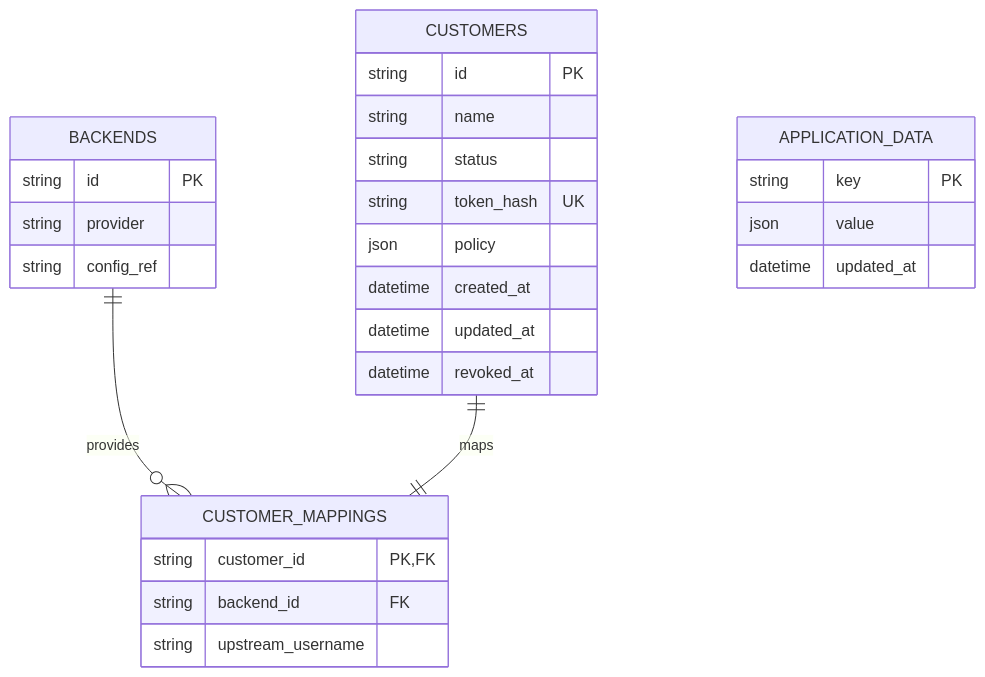
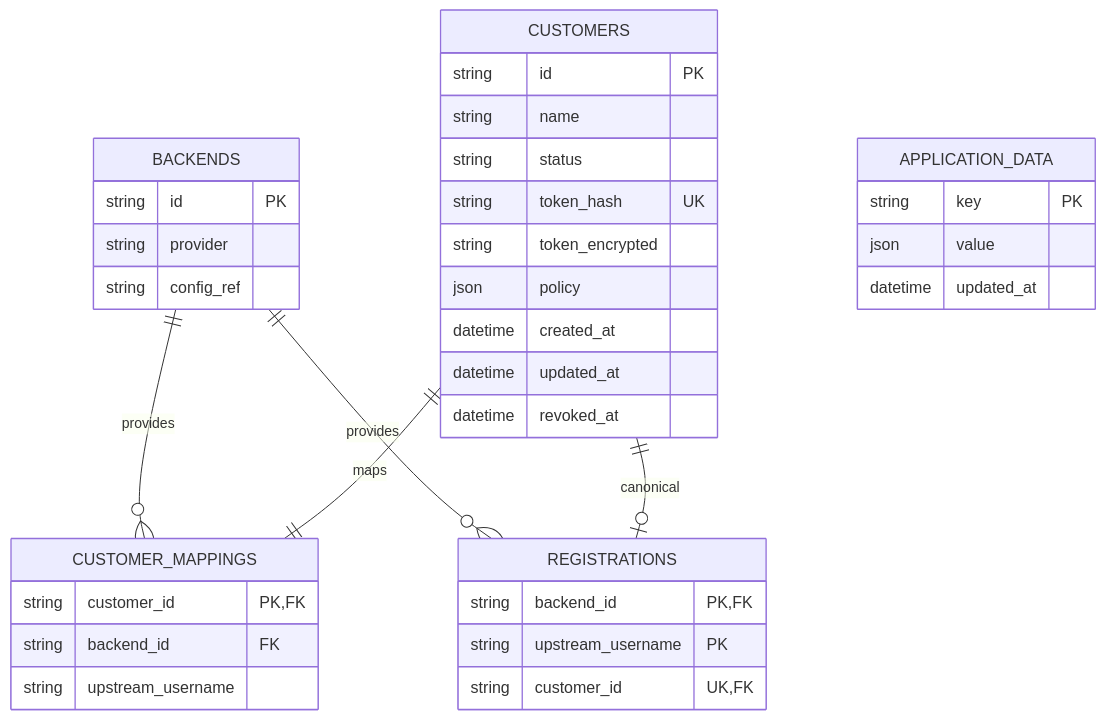
Before and after one commit to Ar-Atharifard/Marzban-Keyholder: the diagram in docs/IDENTITY-AND-AUTHORITY.md, drawn with Mermaid. The commit also changed other lines of this file and 15 other files, not shown here.

````diff
--- a/docs/IDENTITY-AND-AUTHORITY.md
+++ b/docs/IDENTITY-AND-AUTHORITY.md
@@ -5,30 +6,38 @@
 ```mermaid
 erDiagram
     BACKENDS ||--o{ CUSTOMER_MAPPINGS : provides
     CUSTOMERS ||--|| CUSTOMER_MAPPINGS : maps
+    BACKENDS ||--o{ REGISTRATIONS : provides
+    CUSTOMERS ||--o| REGISTRATIONS : canonical
     BACKENDS {
         string id PK
         string provider
         string config_ref
     }
     CUSTOMERS {
         string id PK
         string name
         string status
         string token_hash UK
+        string token_encrypted
         json policy
         datetime created_at
         datetime updated_at
         datetime revoked_at
     }
     CUSTOMER_MAPPINGS {
         string customer_id PK,FK
         string backend_id FK
         string upstream_username
     }
+    REGISTRATIONS {
+        string backend_id PK,FK
+        string upstream_username PK
+        string customer_id UK,FK
+    }
     APPLICATION_DATA {
         string key PK
         json value
         datetime updated_at
     }
 ```
````
